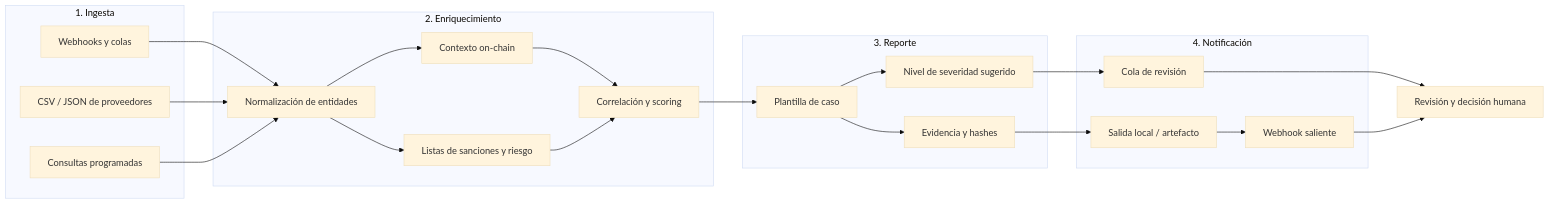
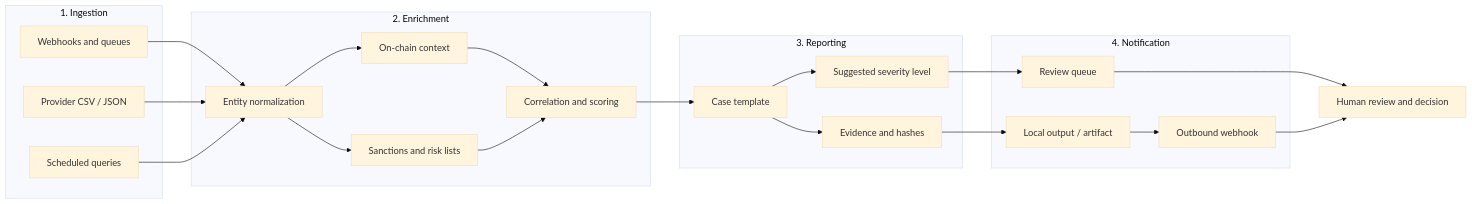
The diagram in README.md (Sniter-T-C/wacb-demo), drawn with Mermaid (base theme) before and after one commit. The commit also changed other lines of this file and 4 other files, not shown here.

````diff
--- a/README.md
+++ b/README.md
@@ -40,45 +40,45 @@
 ```mermaid
 flowchart LR
-    subgraph INGESTA["1. Ingesta"]
-        A1[Webhooks y colas]
-        A2[CSV / JSON de proveedores]
-        A3[Consultas programadas]
+    subgraph INGESTION["1. Ingestion"]
+        A1[Webhooks and queues]
+        A2[Provider CSV / JSON]
+        A3[Scheduled queries]
     end
 
-    subgraph ENRIQUECIMIENTO["2. Enriquecimiento"]
-        B1[Normalización de entidades]
-        B2[Contexto on-chain]
-        B3[Listas de sanciones y riesgo]
-        B4[Correlación y scoring]
+    subgraph ENRICHMENT["2. Enrichment"]
+        B1[Entity normalization]
+        B2[On-chain context]
+        B3[Sanctions and risk lists]
+        B4[Correlation and scoring]
     end
 
-    subgraph REPORTE["3. Reporte"]
-        C1[Plantilla de caso]
-        C2[Evidencia y hashes]
-        C3[Nivel de severidad sugerido]
+    subgraph REPORTING["3. Reporting"]
+        C1[Case template]
+        C2[Evidence and hashes]
+        C3[Suggested severity level]
     end
 
-    subgraph NOTIFICACION["4. Notificación"]
-        D1[Salida local / artefacto]
-        D2[Cola de revisión]
-        D3[Webhook saliente]
+    subgraph NOTIFICATION["4. Notification"]
+        D1[Local output / artifact]
+        D2[Review queue]
+        D3[Outbound webhook]
     end
 
-    H[Revisión y decisión humana]
+    H[Human review and decision]
 
     A1 --> B1
     A2 --> B1
     A3 --> B1
     B1 --> B2
     B1 --> B3
     B2 --> B4
     B3 --> B4
     B4 --> C1
     C1 --> C2
     C1 --> C3
     C2 --> D1
     C3 --> D2
     D1 --> D3
     D2 --> H
     D3 --> H
 ```
````
